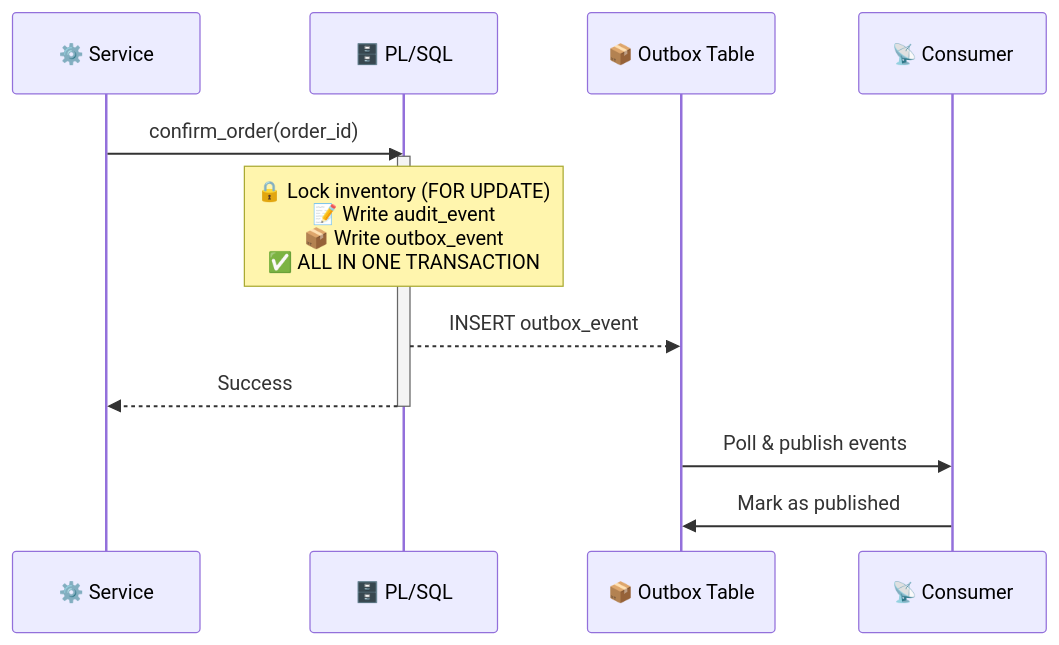
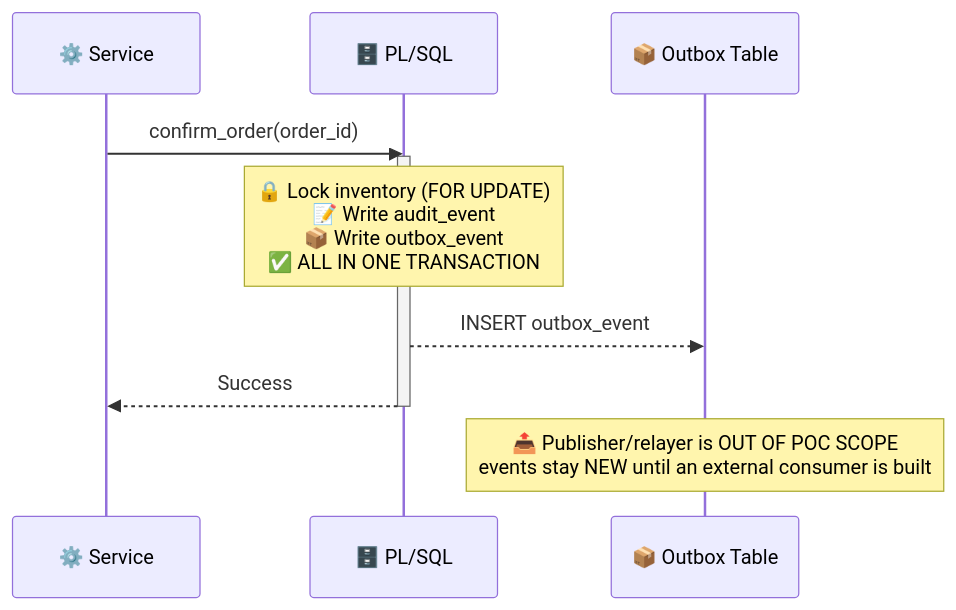
Before and after one commit to sergio11/oracle_multitenant_order_management_poc: the sixth of 8 diagrams in README.md, drawn with Mermaid. The commit also changed other lines of this file and 50 other files, not shown here.

````diff
--- a/README.md
+++ b/README.md
@@ -254,16 +256,14 @@
 ```mermaid
 sequenceDiagram
     participant S as ⚙️ Service
     participant P as 🗄️ PL/SQL
     participant T as 📦 Outbox Table
-    participant C as 📡 Consumer
 
     S->>P: confirm_order(order_id)
     activate P
     Note over P: 🔒 Lock inventory (FOR UPDATE)<br/>📝 Write audit_event<br/>📦 Write outbox_event<br/>✅ ALL IN ONE TRANSACTION
     P-->>T: INSERT outbox_event
     P-->>S: Success
     deactivate P
-    T->>C: Poll & publish events
-    C->>T: Mark as published
+    Note over T: 📤 Publisher/relayer is OUT OF POC SCOPE<br/>events stay NEW until an external consumer is built
 ```
````
